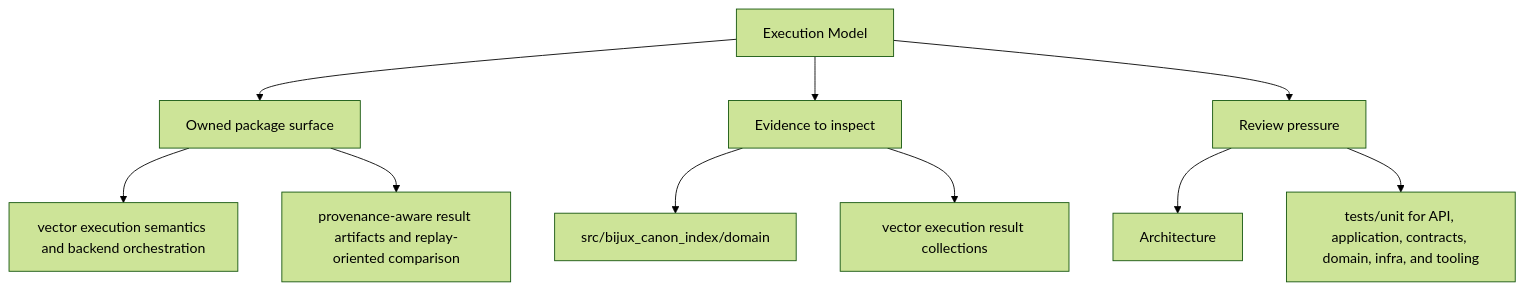
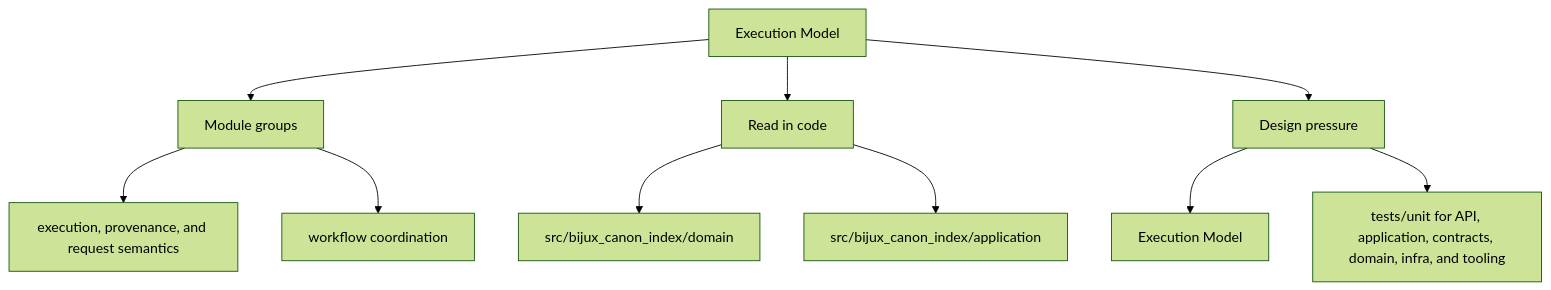
One commit to bijux/bijux-canon changed the second of 2 diagrams in docs/bijux-canon-index/architecture/execution-model.md. Above: the diagram before and after it, drawn with Mermaid (forest theme). The commit also changed other lines of this file and 250 other files, not shown here.

Commit message:
docs(diagrams): make product page maps more readable

````diff
--- a/docs/bijux-canon-index/architecture/execution-model.md
+++ b/docs/bijux-canon-index/architecture/execution-model.md
@@ -36,22 +36,22 @@
 ```mermaid
 flowchart TD
     page["Execution Model"]
-    focus1["Owned package surface"]
+    focus1["Module groups"]
     page --> focus1
-    focus1_1["vector execution semantics and backend orchestration"]
+    focus1_1["execution, provenance, and request semantics"]
     focus1 --> focus1_1
-    focus1_2["provenance-aware result artifacts and replay-oriented comparison"]
+    focus1_2["workflow coordination"]
     focus1 --> focus1_2
-    focus2["Evidence to inspect"]
+    focus2["Read in code"]
     page --> focus2
     focus2_1["src/bijux_canon_index/domain"]
     focus2 --> focus2_1
-    focus2_2["vector execution result collections"]
+    focus2_2["src/bijux_canon_index/application"]
     focus2 --> focus2_2
-    focus3["Review pressure"]
+    focus3["Design pressure"]
     page --> focus3
-    focus3_1["Architecture"]
+    focus3_1["Execution Model"]
     focus3 --> focus3_1
     focus3_2["tests/unit for API, application, contracts, domain, infra, and tooling"]
     focus3 --> focus3_2
 ```
````
